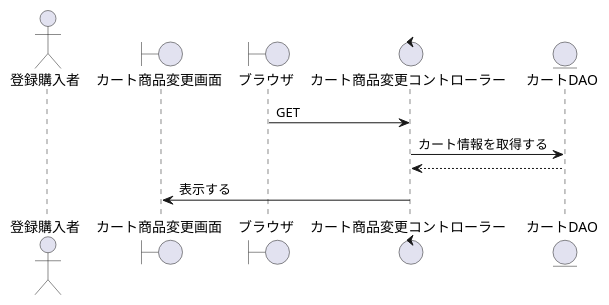
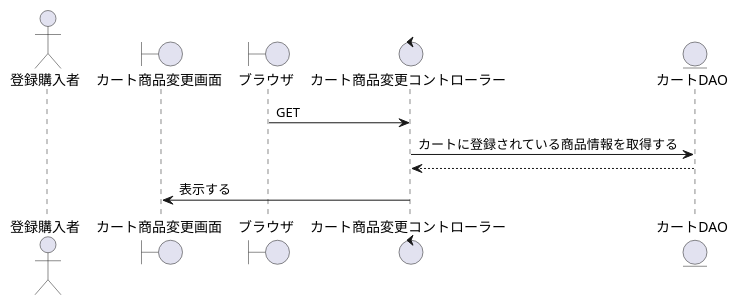
One commit to SK-B-S/PJ changed the diagram in PJ_シーケンス/購入者/カート商品変更画面表示.wsd. Above: the diagram before and after it, drawn with PlantUML. The commit also changed 6 other files, not shown here.

```diff
--- a/PJ_シーケンス/購入者/カート商品変更画面表示.wsd
+++ b/PJ_シーケンス/購入者/カート商品変更画面表示.wsd
@@ -1,16 +1,16 @@
 @startuml カート商品変更画面表示
 
 actor    "登録購入者" as act
 boundary "カート商品変更画面" as Change_Cart
 boundary "ブラウザ" as brz
 control  "カート商品変更コントローラー" as Approval_c
 entity   "カートDAO" as cart_dao
 
 '-------------------------------------------------------------------------------------------
 
 brz ->  Approval_c : GET
-Approval_c -> cart_dao : カート情報を取得する
+Approval_c -> cart_dao : カートに登録されている商品情報を取得する
 cart_dao --> Approval_c
 Change_Cart <-  Approval_c : 表示する
 
 @enduml
```
